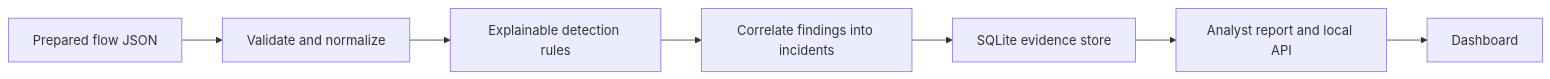
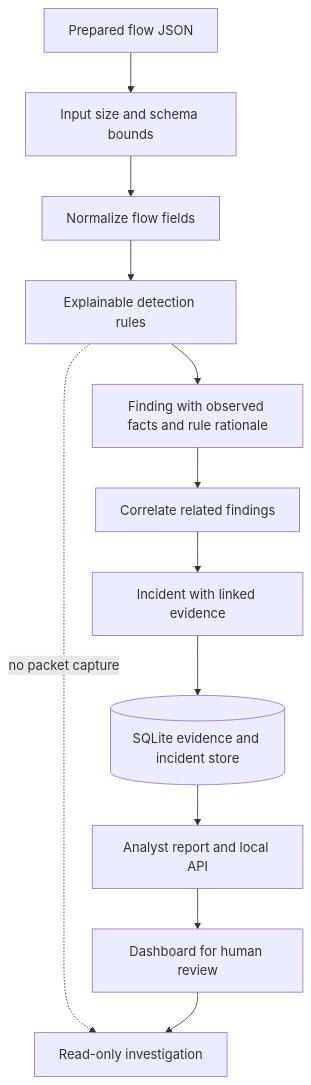
Before and after one commit to nihalmachhi/SentinelMesh: the diagram in README.md, drawn with Mermaid.

Commit message:
docs: expand README architecture diagram

````diff
--- a/README.md
+++ b/README.md
@@ -13,9 +13,14 @@
 ```mermaid
-flowchart LR
-  A[Prepared flow JSON] --> B[Validate and normalize]
-  B --> C[Explainable detection rules]
-  C --> D[Correlate findings into incidents]
-  D --> E[SQLite evidence store]
-  E --> F[Analyst report and local API]
-  F --> G[Dashboard]
+flowchart TD
+  A[Prepared flow JSON] --> B[Input size and schema bounds]
+  B --> C[Normalize flow fields]
+  C --> D[Explainable detection rules]
+  D --> E[Finding with observed facts and rule rationale]
+  E --> F[Correlate related findings]
+  F --> G[Incident with linked evidence]
+  G --> H[(SQLite evidence and incident store)]
+  H --> I[Analyst report and local API]
+  I --> J[Dashboard for human review]
+  D -. no packet capture .-> K[Read-only investigation]
+  J --> K
 ```
````
